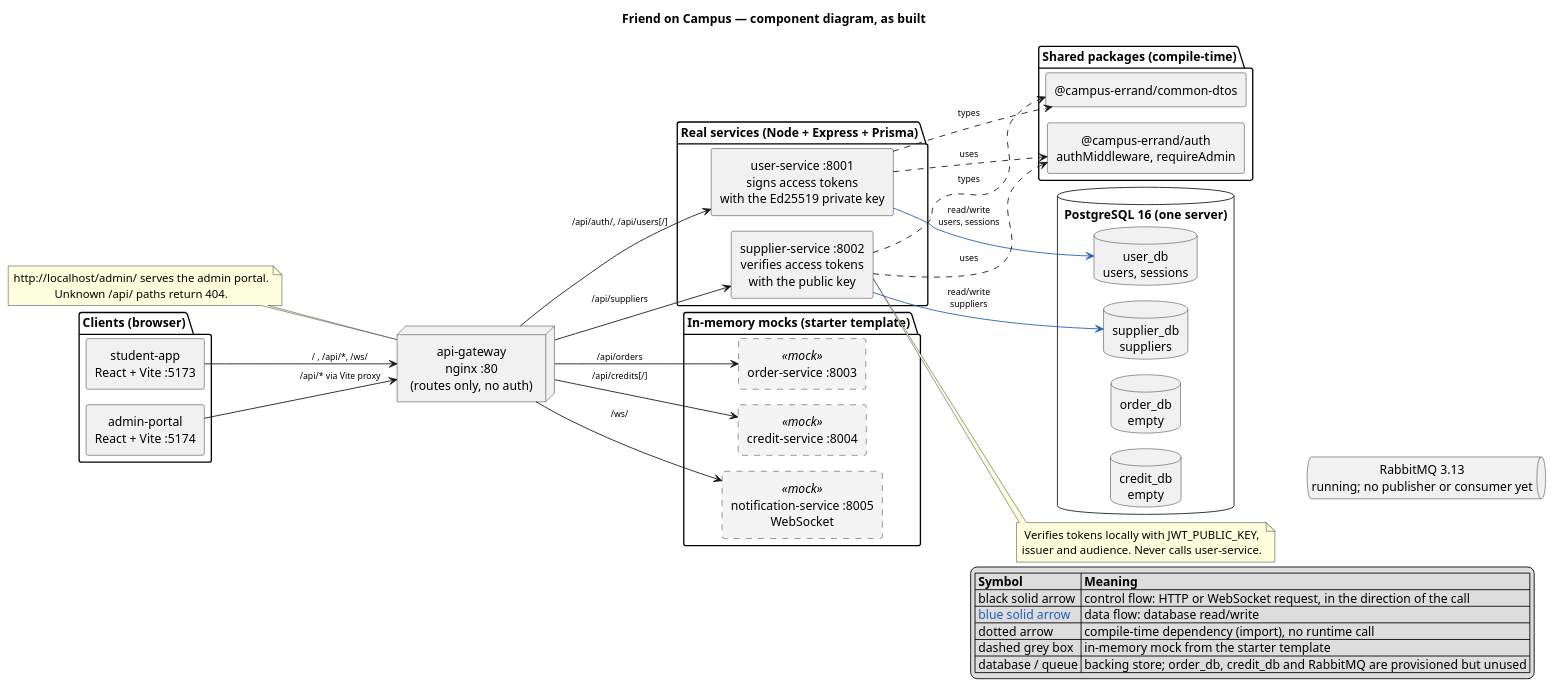
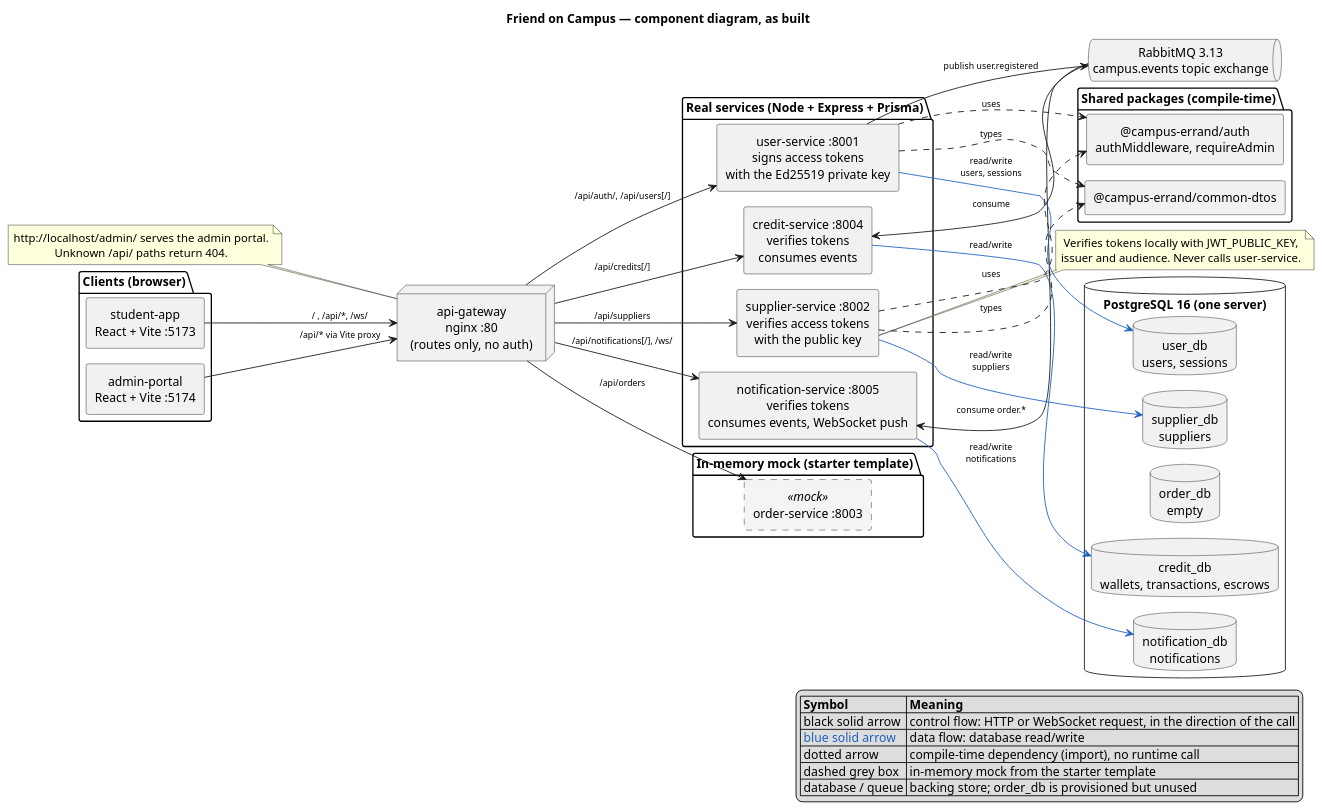
One commit to AY2627S1-CS3219-P25/friend-on-campus changed the diagram in docs/diagrams/component.puml. Above: the diagram before and after it, drawn with PlantUML. The commit also changed other lines of this file and 14 other files, not shown here.

First line of the commit message:
docs: notification service as built; diagrams, index, contract, agent briefs; usage log

```diff
--- a/docs/diagrams/component.puml
+++ b/docs/diagrams/component.puml
@@ -8,86 +12,92 @@
 @startuml component
 !pragma layout smetana
 title Friend on Campus — component diagram, as built
 left to right direction
 skinparam componentStyle rectangle
 skinparam shadowing false
 skinparam defaultTextAlignment center
 skinparam ArrowFontSize 10
 
 skinparam rectangle {
   BackgroundColor<<mock>> #F4F4F4
   BorderStyle<<mock>> dashed
 }
 
 package "Clients (browser)" {
   [student-app\nReact + Vite :5173] as SA
   [admin-portal\nReact + Vite :5174] as AP
 }
 
 node "api-gateway\nnginx :80\n(routes only, no auth)" as GW
 
 package "Real services (Node + Express + Prisma)" {
   [user-service :8001\nsigns access tokens\nwith the Ed25519 private key] as US
   [supplier-service :8002\nverifies access tokens\nwith the public key] as SS
+  [credit-service :8004\nverifies tokens\nconsumes events] as CS
+  [notification-service :8005\nverifies tokens\nconsumes events, WebSocket push] as NS
 }
 
-package "In-memory mocks (starter template)" {
+package "In-memory mock (starter template)" {
   rectangle "order-service :8003" <<mock>> as OS
-  rectangle "credit-service :8004" <<mock>> as CS
-  rectangle "notification-service :8005\nWebSocket" <<mock>> as NS
 }
 
 package "Shared packages (compile-time)" {
   [@campus-errand/auth\nauthMiddleware, requireAdmin] as AUTH
   [@campus-errand/common-dtos] as DTO
 }
 
 database "PostgreSQL 16 (one server)" {
   database "user_db\nusers, sessions" as UDB
   database "supplier_db\nsuppliers" as SDB
   database "order_db\nempty" as ODB
-  database "credit_db\nempty" as CDB
+  database "credit_db\nwallets, transactions, escrows" as CDB
+  database "notification_db\nnotifications" as NDB
 }
 
-queue "RabbitMQ 3.13\nrunning; no publisher or consumer yet" as MQ
+queue "RabbitMQ 3.13\ncampus.events topic exchange" as MQ
 
 ' ---- control flow: HTTP / WebSocket requests (solid, black)
 SA --> GW : "/ , /api/*, /ws/"
 AP --> GW : "/api/* via Vite proxy"
 GW --> US : "/api/auth/, /api/users[/]"
 GW --> SS : "/api/suppliers"
 GW --> OS : "/api/orders"
 GW --> CS : "/api/credits[/]"
-GW --> NS : "/ws/"
+GW --> NS : "/api/notifications[/], /ws/"
+CS -[#1F5FBF]-> CDB : "read/write"
+NS -[#1F5FBF]-> NDB : "read/write\nnotifications"
+US --> MQ : "publish user.registered"
+MQ --> CS : "consume"
+MQ --> NS : "consume order.*"
 
 ' ---- data flow: reads and writes (solid, blue)
 US -[#1F5FBF]-> UDB : "read/write\nusers, sessions"
 SS -[#1F5FBF]-> SDB : "read/write\nsuppliers"
 
 ' keep RabbitMQ beside the databases
 CDB -[hidden]- MQ
 
 ' ---- compile-time dependency (dotted)
 US ..> AUTH : uses
 SS ..> AUTH : uses
 US ..> DTO : types
 SS ..> DTO : types
 
 legend right
   |= Symbol |= Meaning |
   | black solid arrow | control flow: HTTP or WebSocket request, in the direction of the call |
   | <color:#1F5FBF>blue solid arrow</color> | data flow: database read/write |
   | dotted arrow | compile-time dependency (import), no runtime call |
   | dashed grey box | in-memory mock from the starter template |
-  | database / queue | backing store; order_db, credit_db and RabbitMQ are provisioned but unused |
+  | database / queue | backing store; order_db is provisioned but unused |
 endlegend
 
 note right of SS
   Verifies tokens locally with JWT_PUBLIC_KEY,
   issuer and audience. Never calls user-service.
 end note
 note left of GW
   http://localhost/admin/ serves the admin portal.
   Unknown /api/ paths return 404.
 end note
 @enduml
```
